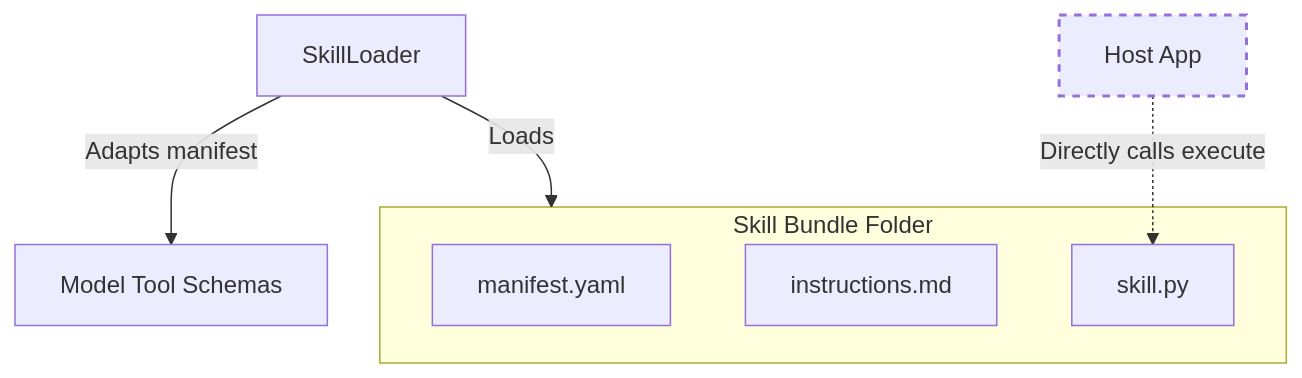
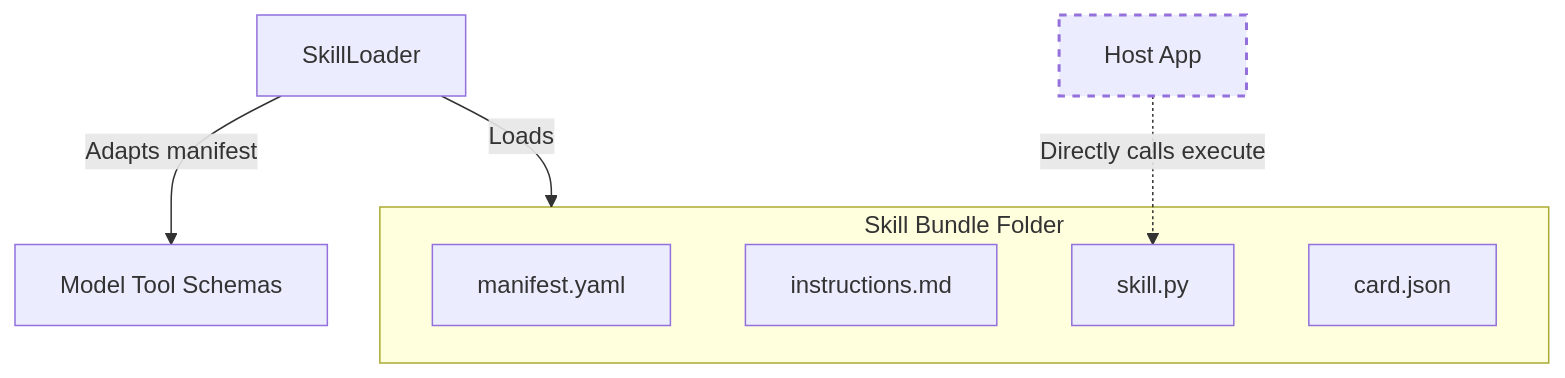
Before and after one commit to ARPAHLS/skillware: the diagram in docs/introduction.md, drawn with Mermaid. The commit also changed 1 other file, not shown here.

Commit message:
docs: address review feedback on agent loop diagrams and step execution syntax

````diff
--- a/docs/introduction.md
+++ b/docs/introduction.md
@@ -52,14 +52,15 @@
 ```mermaid
 flowchart TD
     subgraph Bundle["Skill Bundle Folder"]
         Manifest[manifest.yaml]
         Instructions[instructions.md]
         SkillPy[skill.py]
+        CardJson[card.json]
     end
 
     Loader[SkillLoader] -->|Loads| Bundle
     Loader -->|Adapts manifest| Adapters[Model Tool Schemas]
     Host[Host App] -.->|Directly calls execute| SkillPy
 
     style Host stroke-width:2px,stroke-dasharray: 5 5
 ```
````
